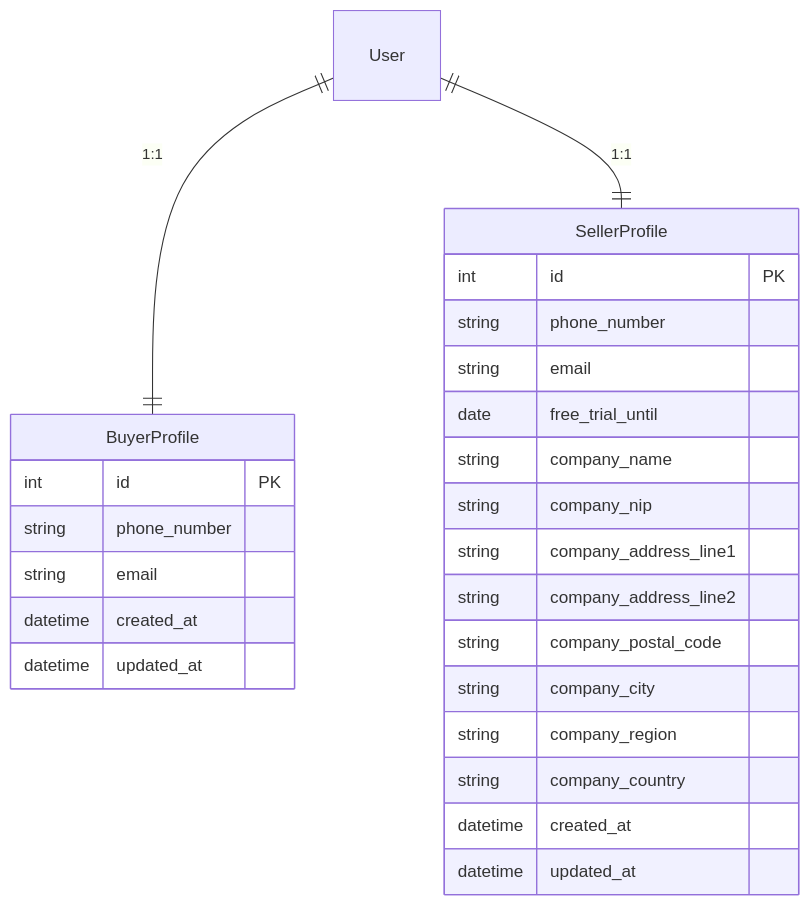
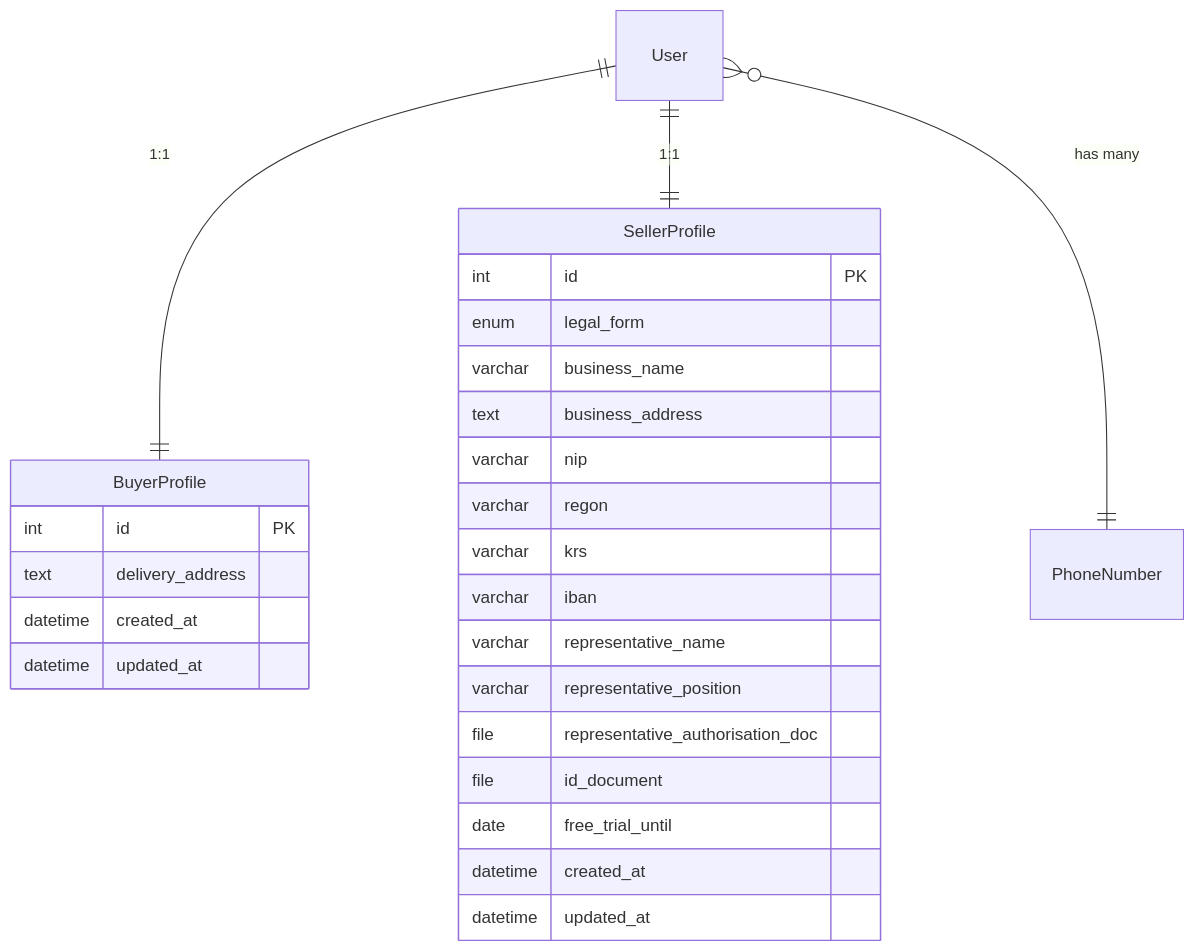
Before and after one commit to santahate/czesci: the diagram in docs/004-Architecture/004.2-users-profiles-arch-en.md, drawn with Mermaid. The commit also changed other lines of this file and 3 other files, not shown here.

Commit message:
add docs: registration flow

````diff
--- a/docs/004-Architecture/004.2-users-profiles-arch-en.md
+++ b/docs/004-Architecture/004.2-users-profiles-arch-en.md
@@ -20,28 +20,29 @@
 ```mermaid
 erDiagram
     User ||--|| BuyerProfile : "1:1"
     User ||--|| SellerProfile : "1:1"
+    User }o--|| PhoneNumber : "has many"
     BuyerProfile {
         int id PK
-        string phone_number
-        string email
+        text delivery_address
         datetime created_at
         datetime updated_at
     }
     SellerProfile {
         int id PK
-        string phone_number
-        string email
-        date   free_trial_until
-        string company_name
-        string company_nip
-        string company_address_line1
-        string company_address_line2
-        string company_postal_code
-        string company_city
-        string company_region
-        string company_country
+        enum legal_form
+        varchar business_name
+        text business_address
+        varchar nip
+        varchar regon
+        varchar krs
+        varchar iban
+        varchar representative_name
+        varchar representative_position
+        file representative_authorisation_doc
+        file id_document
+        date  free_trial_until
         datetime created_at
         datetime updated_at
     }
 ```
````
